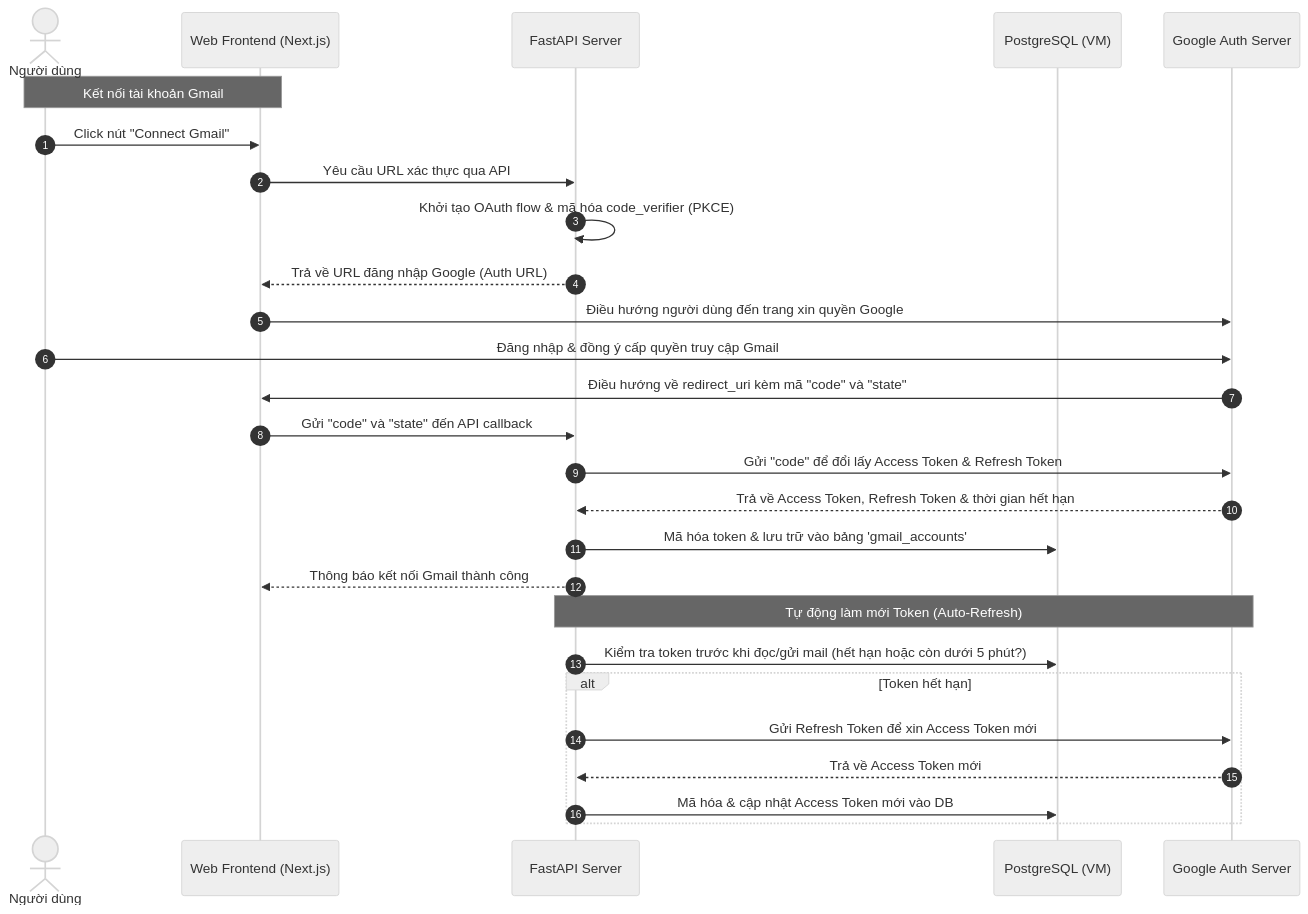
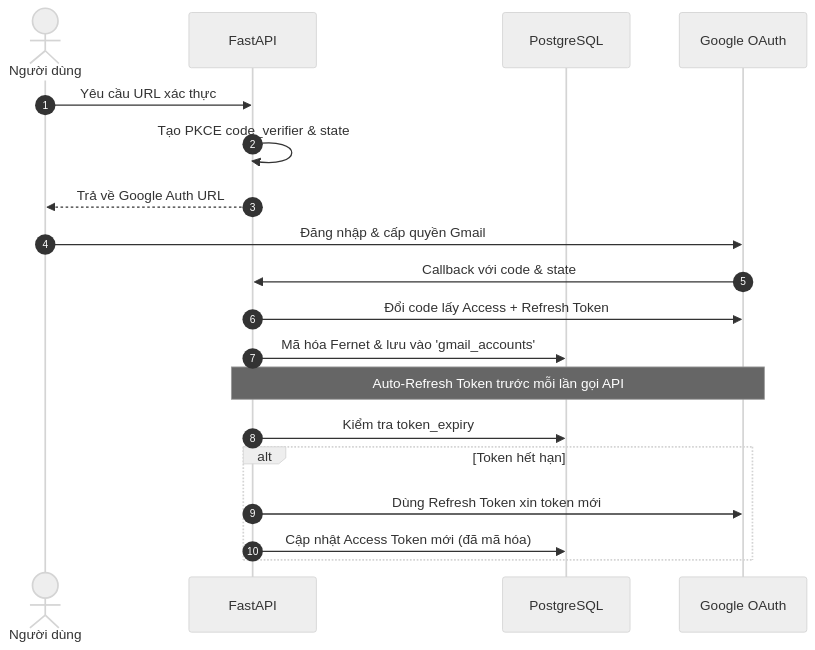
One commit to khoiteychin/ai-email-manager-agent changed the third of 4 diagrams in README.md. Above: the diagram before and after it, drawn with Mermaid (neutral theme). The commit also changed other lines of this file, not shown here.

Commit message:
docs: rewrite README to reflect current codebase (GCP VM + local PostgreSQL, no Telegram)

````diff
--- a/README.md
+++ b/README.md
@@ -147,31 +123,23 @@
 ```mermaid
 sequenceDiagram
     autonumber
     actor User as Người dùng
-    participant Web as Web Frontend (Next.js)
-    participant Backend as FastAPI Server
-    participant DB as PostgreSQL (VM)
-    participant Google as Google Auth Server
+    participant Backend as FastAPI
+    participant DB as PostgreSQL
+    participant Google as Google OAuth
 
-    Note over User, Web: Kết nối tài khoản Gmail
-    User->>Web: Click nút "Connect Gmail"
-    Web->>Backend: Yêu cầu URL xác thực qua API
-    Backend->>Backend: Khởi tạo OAuth flow & mã hóa code_verifier (PKCE)
-    Backend-->>Web: Trả về URL đăng nhập Google (Auth URL)
-    Web->>Google: Điều hướng người dùng đến trang xin quyền Google
-    User->>Google: Đăng nhập & đồng ý cấp quyền truy cập Gmail
-    Google->>Web: Điều hướng về redirect_uri kèm mã "code" và "state"
-    Web->>Backend: Gửi "code" và "state" đến API callback
-    Backend->>Google: Gửi "code" để đổi lấy Access Token & Refresh Token
-    Google-->>Backend: Trả về Access Token, Refresh Token & thời gian hết hạn
-    Backend->>DB: Mã hóa token & lưu trữ vào bảng 'gmail_accounts'
-    Backend-->>Web: Thông báo kết nối Gmail thành công
+    User->>Backend: Yêu cầu URL xác thực
+    Backend->>Backend: Tạo PKCE code_verifier & state
+    Backend-->>User: Trả về Google Auth URL
+    User->>Google: Đăng nhập & cấp quyền Gmail
+    Google->>Backend: Callback với code & state
+    Backend->>Google: Đổi code lấy Access + Refresh Token
+    Backend->>DB: Mã hóa Fernet & lưu vào 'gmail_accounts'
 
-    Note over Backend, Google: Tự động làm mới Token (Auto-Refresh)
-    Backend->>DB: Kiểm tra token trước khi đọc/gửi mail (hết hạn hoặc còn dưới 5 phút?)
+    Note over Backend,Google: Auto-Refresh Token trước mỗi lần gọi API
+    Backend->>DB: Kiểm tra token_expiry
     alt Token hết hạn
-        Backend->>Google: Gửi Refresh Token để xin Access Token mới
-        Google-->>Backend: Trả về Access Token mới
-        Backend->>DB: Mã hóa & cập nhật Access Token mới vào DB
+        Backend->>Google: Dùng Refresh Token xin token mới
+        Backend->>DB: Cập nhật Access Token mới (đã mã hóa)
     end
 ```
````
